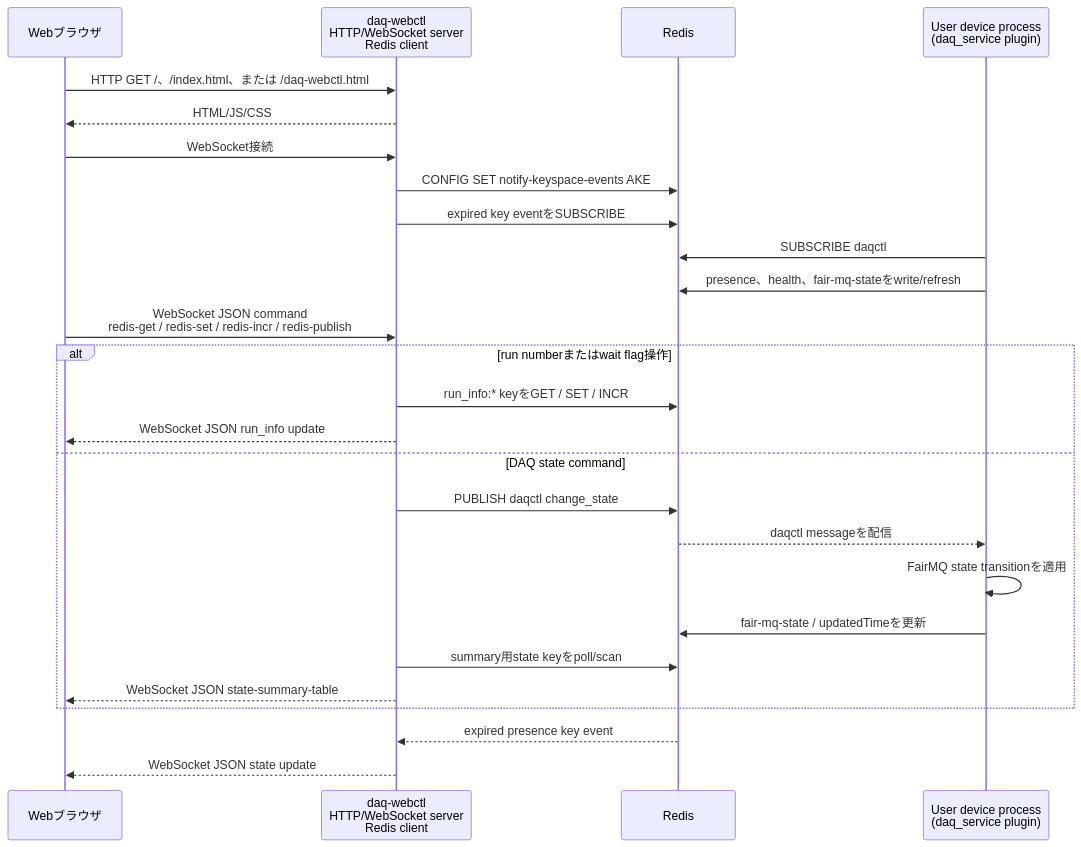
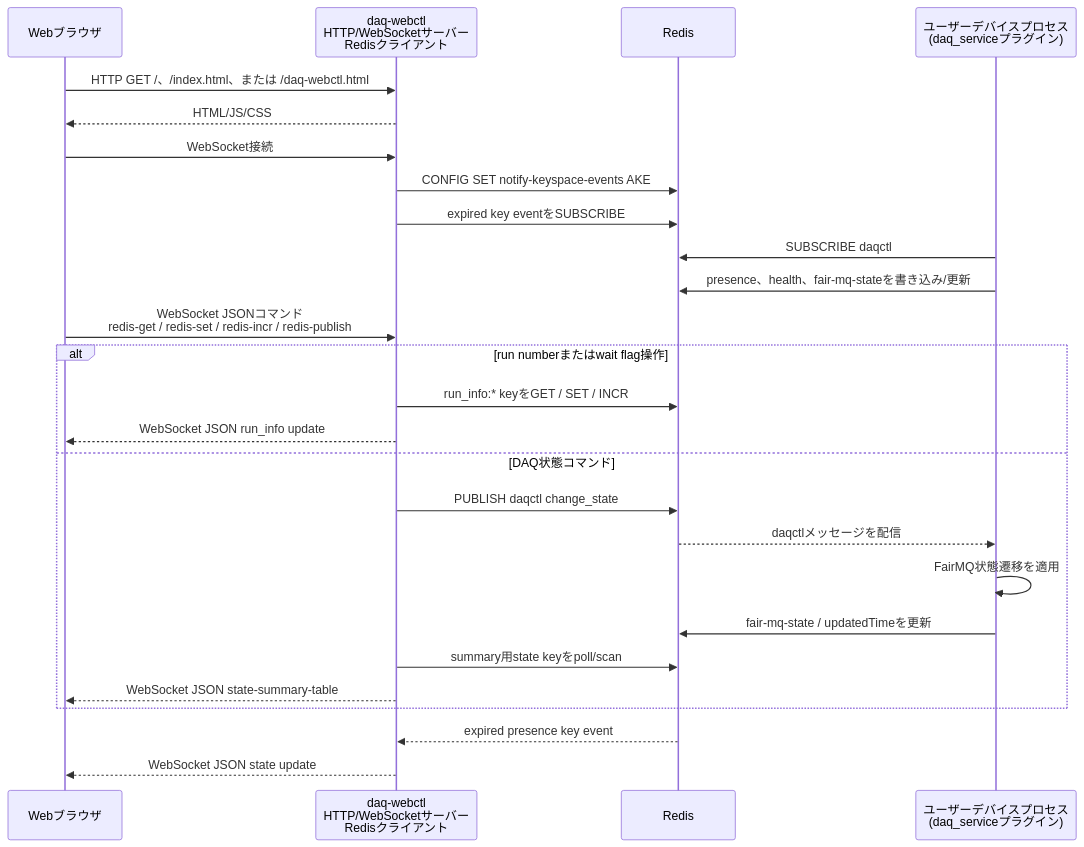
Before and after one commit to tntakahashi/nestdaq: the diagram in controller/README.ja.md, drawn with Mermaid. The commit also changed other lines of this file and 15 other files, not shown here.

````diff
--- a/controller/README.ja.md
+++ b/controller/README.ja.md
@@ -61,29 +61,29 @@
 ```mermaid
 sequenceDiagram
   participant Browser as Webブラウザ
-  participant WebCtl as daq-webctl<br/>HTTP/WebSocket server<br/>Redis client
+  participant WebCtl as daq-webctl<br/>HTTP/WebSocketサーバー<br/>Redisクライアント
   participant Redis as Redis
-  participant Device as User device process<br/>(daq_service plugin)
+  participant Device as ユーザーデバイスプロセス<br/>(daq_serviceプラグイン)
 
   Browser->>WebCtl: HTTP GET /、/index.html、または /daq-webctl.html
   WebCtl-->>Browser: HTML/JS/CSS
   Browser->>WebCtl: WebSocket接続
   WebCtl->>Redis: CONFIG SET notify-keyspace-events AKE
   WebCtl->>Redis: expired key eventをSUBSCRIBE
   Device->>Redis: SUBSCRIBE daqctl
-  Device->>Redis: presence、health、fair-mq-stateをwrite/refresh
-  Browser->>WebCtl: WebSocket JSON command<br/>redis-get / redis-set / redis-incr / redis-publish
+  Device->>Redis: presence、health、fair-mq-stateを書き込み/更新
+  Browser->>WebCtl: WebSocket JSONコマンド<br/>redis-get / redis-set / redis-incr / redis-publish
   alt run numberまたはwait flag操作
     WebCtl->>Redis: run_info:* keyをGET / SET / INCR
     WebCtl-->>Browser: WebSocket JSON run_info update
-  else DAQ state command
+  else DAQ状態コマンド
     WebCtl->>Redis: PUBLISH daqctl change_state
-    Redis-->>Device: daqctl messageを配信
-    Device->>Device: FairMQ state transitionを適用
+    Redis-->>Device: daqctlメッセージを配信
+    Device->>Device: FairMQ状態遷移を適用
     Device->>Redis: fair-mq-state / updatedTimeを更新
     WebCtl->>Redis: summary用state keyをpoll/scan
     WebCtl-->>Browser: WebSocket JSON state-summary-table
   end
   Redis-->>WebCtl: expired presence key event
   WebCtl-->>Browser: WebSocket JSON state update
 ```
````
